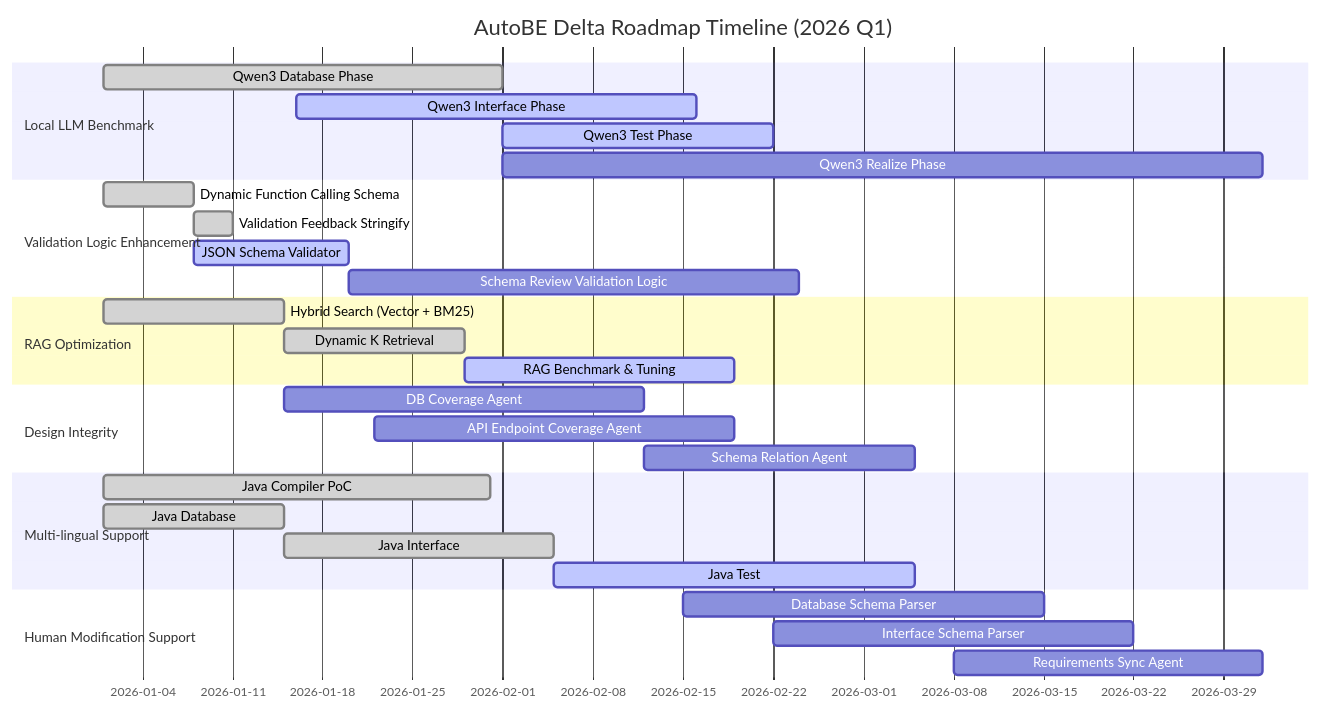
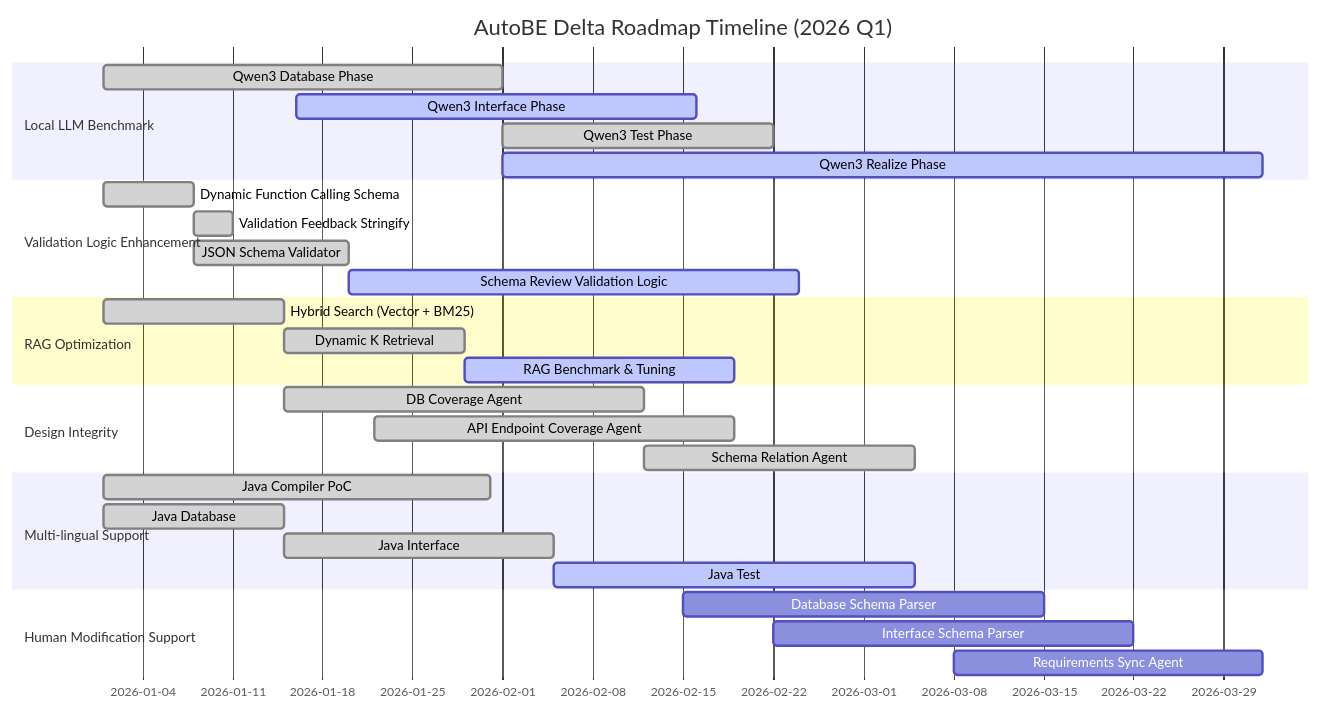
Before and after one commit to RavenView-ai/autobe: the second of 2 diagrams in README.md, drawn with Mermaid. The commit also changed 1 other file, not shown here.

Commit message:
doc(roadmap): update delta roadmap, current status. (#974)

````diff
--- a/README.md
+++ b/README.md
@@ -176,38 +176,38 @@
 ```mermaid
 gantt
   dateFormat YYYY-MM-DD
   title AutoBE Delta Roadmap Timeline (2026 Q1)
 
   section Local LLM Benchmark
-  Qwen3 Database Phase             : done,    2026-01-01, 31d
-  Qwen3 Interface Phase            : active,  2026-01-16, 31d
-  Qwen3 Test Phase                 : active,  2026-02-01, 21d
-  Qwen3 Realize Phase              : planned, 2026-02-01, 59d
+  Qwen3 Database Phase             : done,   2026-01-01, 31d
+  Qwen3 Interface Phase            : active, 2026-01-16, 31d
+  Qwen3 Test Phase                 : done,   2026-02-01, 21d
+  Qwen3 Realize Phase              : active, 2026-02-01, 59d
 
   section Validation Logic Enhancement
-  Dynamic Function Calling Schema  : done,    2026-01-01, 7d
-  Validation Feedback Stringify    : done,    2026-01-08, 3d
-  JSON Schema Validator            : active,  2026-01-08, 12d
-  Schema Review Validation Logic   : planned, 2026-01-20, 35d
+  Dynamic Function Calling Schema  : done,   2026-01-01, 7d
+  Validation Feedback Stringify    : done,   2026-01-08, 3d
+  JSON Schema Validator            : done,   2026-01-08, 12d
+  Schema Review Validation Logic   : active, 2026-01-20, 35d
 
   section RAG Optimization
   Hybrid Search (Vector + BM25)    : done,    2026-01-01, 14d
   Dynamic K Retrieval              : done,    2026-01-15, 14d
   RAG Benchmark & Tuning           : active,  2026-01-29, 21d
 
   section Design Integrity
-  DB Coverage Agent                : planned, 2026-01-15, 28d
-  API Endpoint Coverage Agent      : planned, 2026-01-22, 28d
-  Schema Relation Agent            : planned, 2026-02-12, 21d
+  DB Coverage Agent                : done, 2026-01-15, 28d
+  API Endpoint Coverage Agent      : done, 2026-01-22, 28d
+  Schema Relation Agent            : done, 2026-02-12, 21d
 
   section Multi-lingual Support
   Java Compiler PoC                : done,    2026-01-01, 30d
   Java Database                    : done,    2026-01-01, 14d
   Java Interface                   : done,    2026-01-15, 21d
   Java Test                        : active,  2026-02-05, 28d
 
   section Human Modification Support
   Database Schema Parser           : planned, 2026-02-15, 28d
   Interface Schema Parser          : planned, 2026-02-22, 28d
   Requirements Sync Agent          : planned, 2026-03-08, 24d
 ```
````
